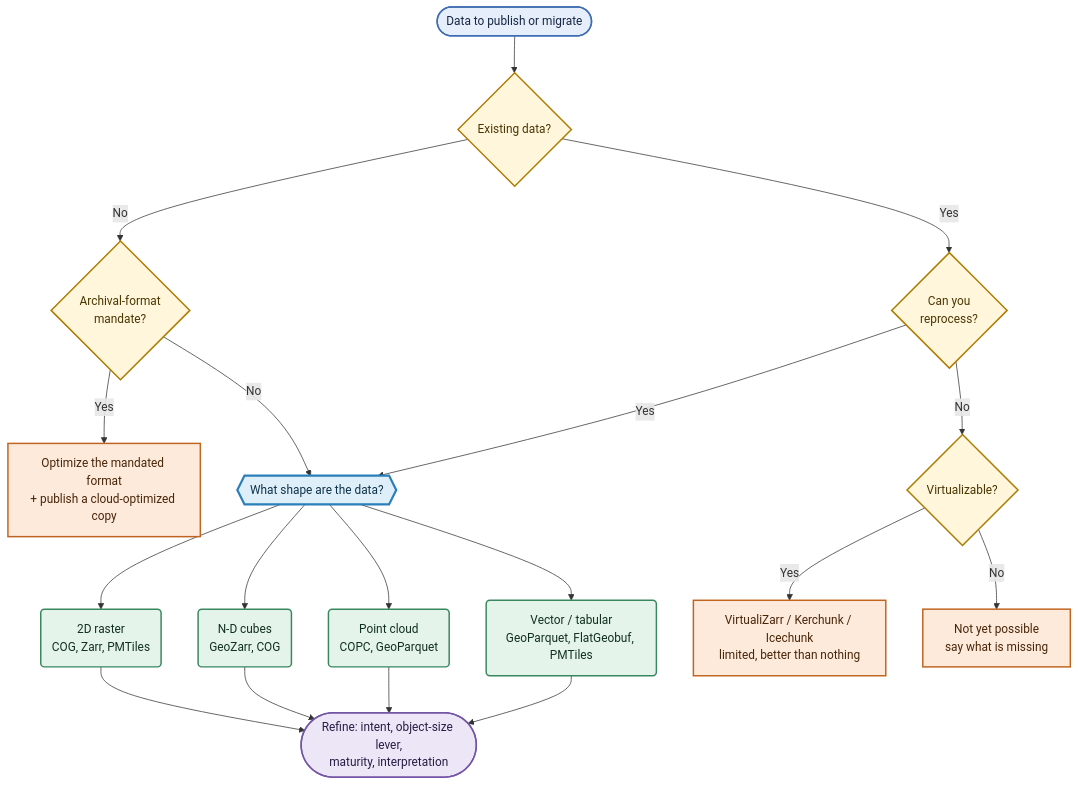
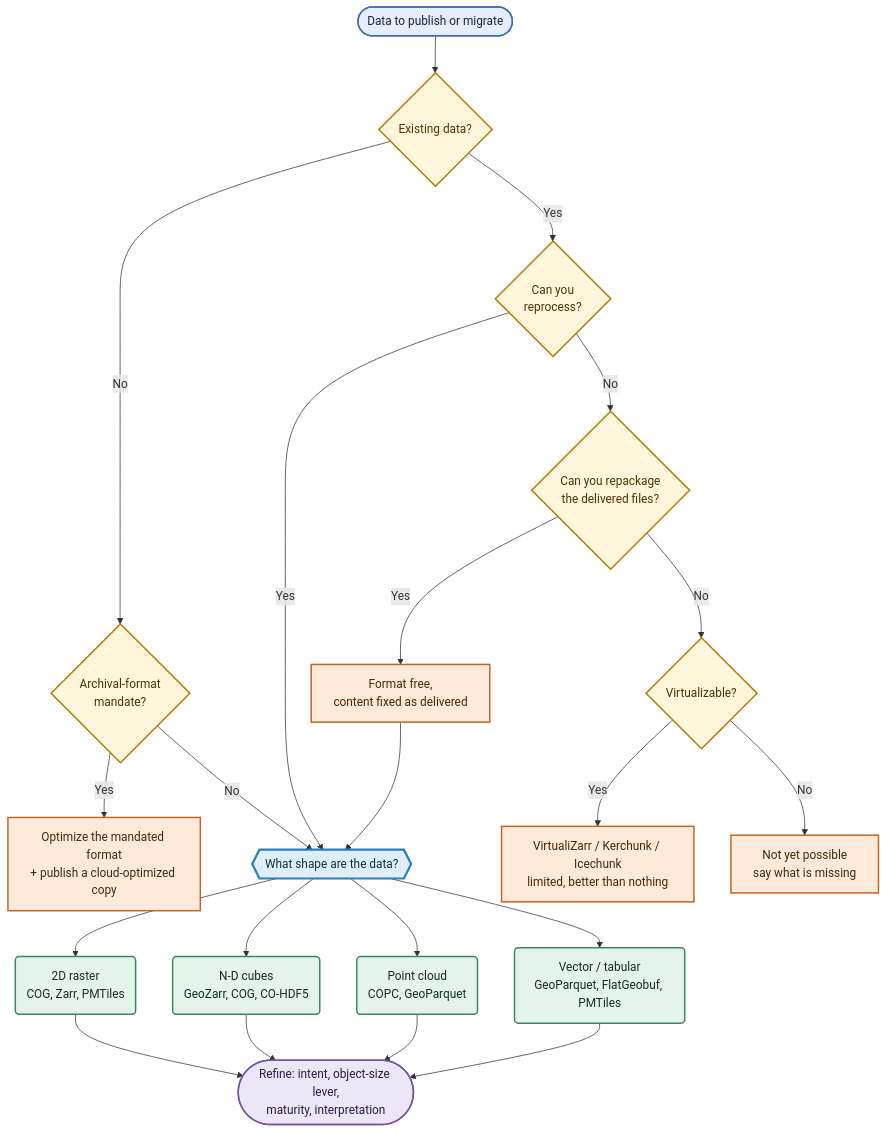
Before and after one commit to cloudnativegeo/cloud-optimized-geospatial-formats-guide: the diagram in decision-framework/index.qmd, drawn with Mermaid. The commit also changed other lines of this file, not shown here.

Commit message:
Enhance decision framework by adding a repackage option for existing data and clarifying format family choices for N-D cubes, improving guidance on cloud-optimized formats.

````diff
--- a/decision-framework/index.qmd
+++ b/decision-framework/index.qmd
@@ -84,39 +84,42 @@
 ```{mermaid}
 flowchart TD
     A([Data to publish or migrate]) --> B{Existing data?}
 
     B -- No --> C{Archival-format<br/>mandate?}
     C -- Yes --> C1[Optimize the mandated format<br/>+ publish a cloud-optimized copy]
     C -- No --> T{{What shape are the data?}}
 
     B -- Yes --> D{Can you<br/>reprocess?}
     D -- Yes --> T
-    D -- No --> E{Virtualizable?}
+    D -- No --> P{Can you repackage<br/>the delivered files?}
+    P -- Yes --> P1[Format free,<br/>content fixed as delivered]
+    P1 --> T
+    P -- No --> E{Virtualizable?}
     E -- Yes --> E1[VirtualiZarr / Kerchunk / Icechunk<br/>limited, better than nothing]
     E -- No --> E2[Not yet possible<br/>say what is missing]
 
     T --> T1(2D raster<br/>COG, Zarr, PMTiles)
-    T --> T2(N-D cubes<br/>GeoZarr, COG)
+    T --> T2(N-D cubes<br/>GeoZarr, COG, CO-HDF5)
     T --> T3(Point cloud<br/>COPC, GeoParquet)
     T --> T4(Vector / tabular<br/>GeoParquet, FlatGeobuf, PMTiles)
 
     T1 --> R([Refine: intent, object-size lever,<br/>maturity, interpretation])
     T2 --> R
     T3 --> R
     T4 --> R
 
     classDef entry   fill:#e7eefb,stroke:#3f6db3,stroke-width:2px,color:#152744
     classDef ask     fill:#fff6dc,stroke:#ad7c00,stroke-width:2px,color:#4a3600
     classDef hinge   fill:#dfeffa,stroke:#2a7fb8,stroke-width:3px,color:#0e3247
     classDef family  fill:#e4f4ea,stroke:#39875f,stroke-width:2px,color:#12301e
     classDef partial fill:#fdeadb,stroke:#c06520,stroke-width:2px,color:#48260a
     classDef refine  fill:#ece6f7,stroke:#7355a6,stroke-width:2px,color:#291d44
 
     class A entry
-    class B,C,D,E ask
+    class B,C,D,E,P ask
     class T hinge
     class T1,T2,T3,T4 family
-    class C1,E1,E2 partial
+    class C1,P1,E1,E2 partial
     class R refine
 
 ```
````
